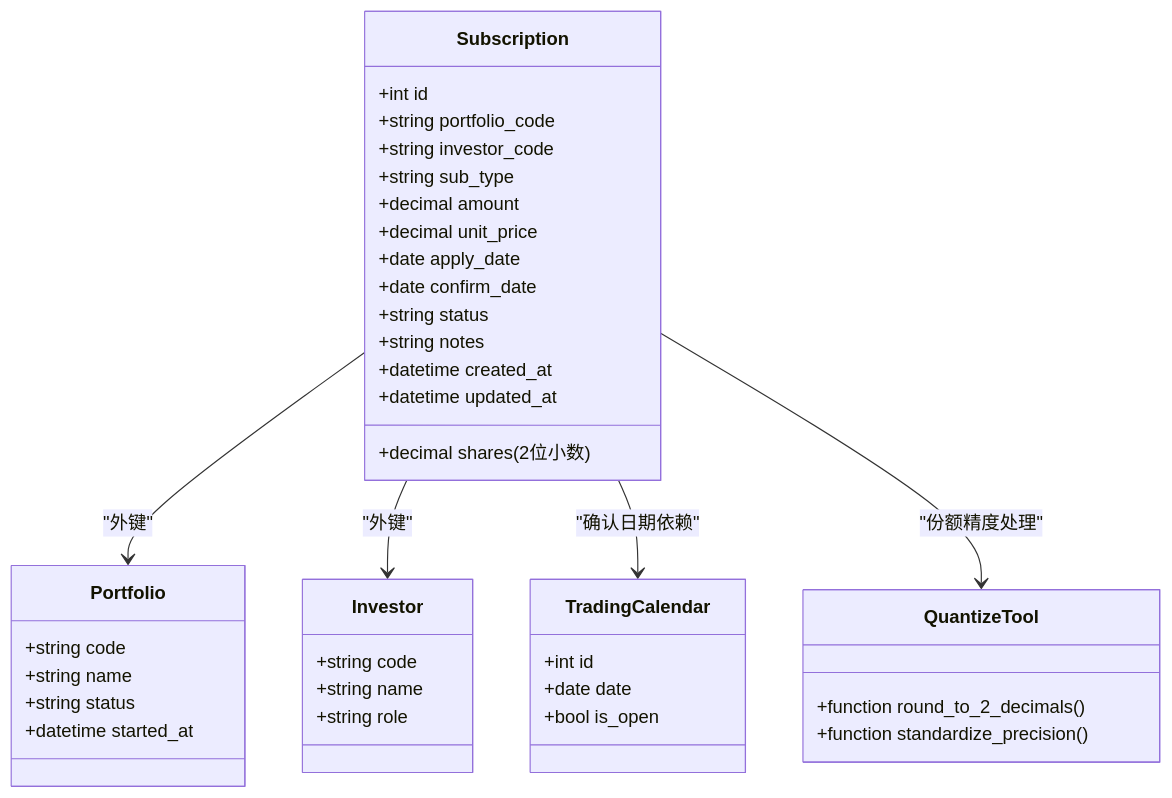
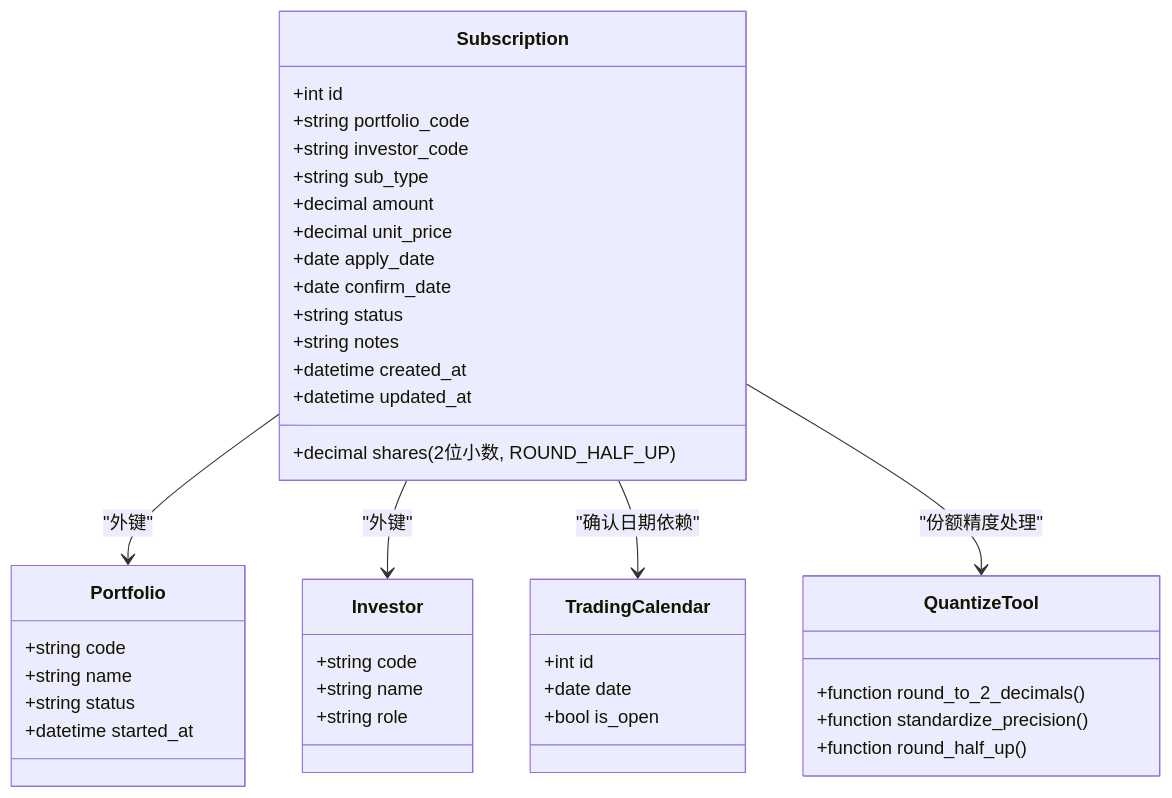
Before and after one commit to gujialind/InvestRing: the third of 7 diagrams in .qoder/repowiki/zh/content/核心业务功能/订阅管理.md, drawn with Mermaid. The commit also changed other lines of this file and 32 other files, not shown here.

````diff
--- a/.qoder/repowiki/zh/content/核心业务功能/订阅管理.md
+++ b/.qoder/repowiki/zh/content/核心业务功能/订阅管理.md
@@ -201,42 +200,43 @@
 ```mermaid
 classDiagram
 class Subscription {
 +int id
 +string portfolio_code
 +string investor_code
 +string sub_type
 +decimal amount
-+decimal shares (2位小数)
++decimal shares (2位小数, ROUND_HALF_UP)
 +decimal unit_price
 +date apply_date
 +date confirm_date
 +string status
 +string notes
 +datetime created_at
 +datetime updated_at
 }
 class Portfolio {
 +string code
 +string name
 +string status
 +datetime started_at
 }
 class Investor {
 +string code
 +string name
 +string role
 }
 class TradingCalendar {
 +int id
 +date date
 +bool is_open
 }
 class QuantizeTool {
 +function round_to_2_decimals()
 +function standardize_precision()
++function round_half_up()
 }
 Subscription --> Portfolio : "外键"
 Subscription --> Investor : "外键"
 Subscription --> TradingCalendar : "确认日期依赖"
 Subscription --> QuantizeTool : "份额精度处理"
 ```
````
